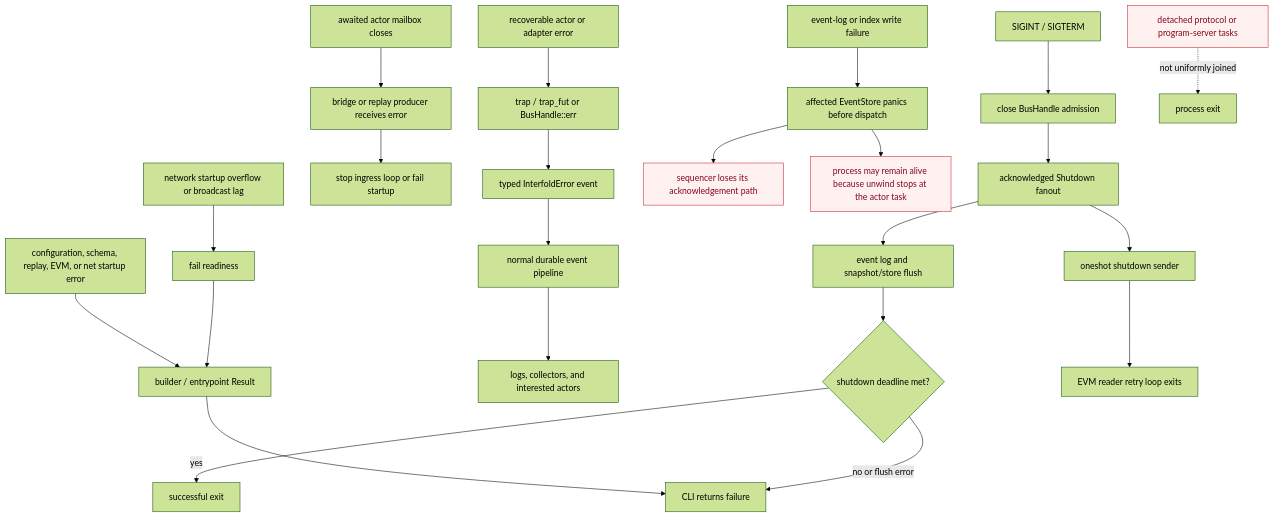
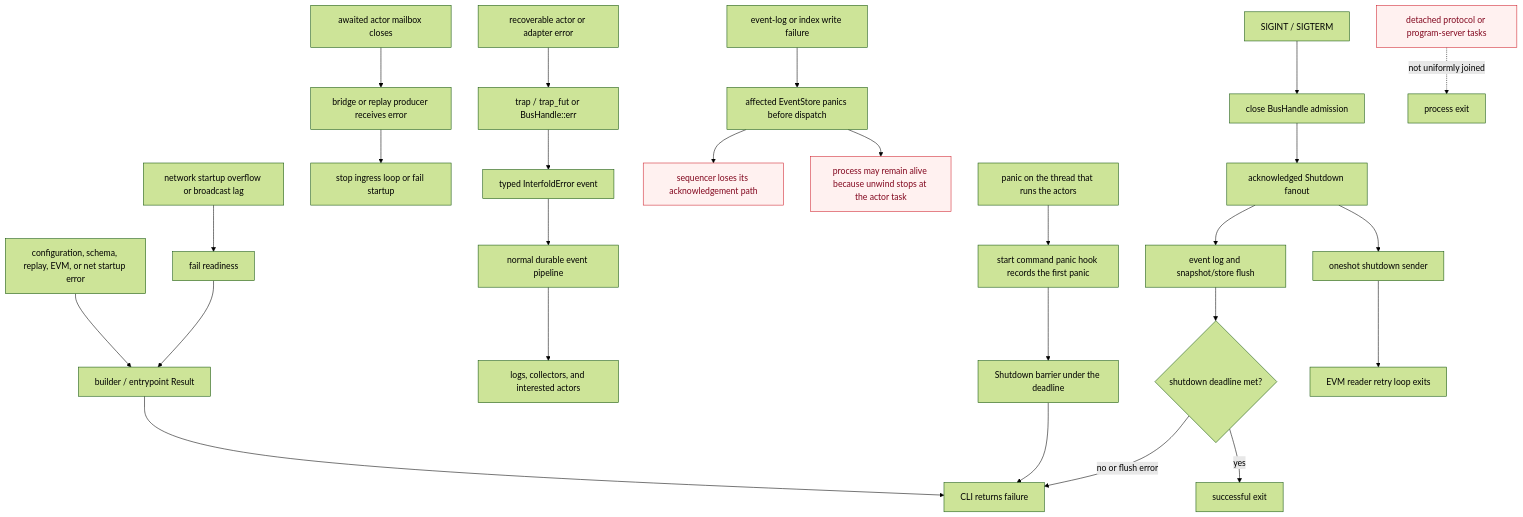
One commit to theinterfold/interfold changed diagram 15 of 15 in agent/CRATES_ARCHITECTURE.md. Above: the diagram before and after it, drawn with Mermaid (forest theme). The commit also changed other lines of this file and 5 other files, not shown here.

````diff
--- a/agent/CRATES_ARCHITECTURE.md
+++ b/agent/CRATES_ARCHITECTURE.md
@@ -1310,34 +1310,38 @@
 ```mermaid
 flowchart TD
     Startup[configuration, schema, replay, EVM, or net startup error] --> StartResult[builder / entrypoint Result]
     StartResult --> CLIExit[CLI returns failure]
 
     Handler[recoverable actor or adapter error] --> Trap[trap / trap_fut or BusHandle::err]
     Trap --> ErrorEvent[typed InterfoldError event]
     ErrorEvent --> Durable[normal durable event pipeline]
     Durable --> Observers[logs, collectors, and interested actors]
 
     Mailbox[awaited actor mailbox closes] --> Producer[bridge or replay producer receives error]
     Producer --> StopLoop[stop ingress loop or fail startup]
     Buffer[network startup overflow or broadcast lag] --> Readiness[fail readiness]
     Readiness --> StartResult
 
     StoreFailure[event-log or index write failure] --> StoreDeath[affected EventStore panics before dispatch]
     StoreDeath --> PipelineStall[sequencer loses its acknowledgement path]
     StoreDeath --> ProcessAlive[process may remain alive because unwind stops at the actor task]
 
+    ActorPanic[panic on the thread that runs the actors] --> PanicHook[start command panic hook records the first panic]
+    PanicHook --> PanicStop[Shutdown barrier under the deadline]
+    PanicStop --> CLIExit
+
     Signal[SIGINT / SIGTERM] --> Close[close BusHandle admission]
     Close --> Shutdown[acknowledged Shutdown fanout]
     Shutdown --> Flush[event log and snapshot/store flush]
     Flush --> Deadline{shutdown deadline met?}
     Deadline -->|yes| Clean[successful exit]
     Deadline -->|no or flush error| CLIExit
 
     Shutdown --> Cancel[oneshot shutdown sender]
     Cancel --> Reader[EVM reader retry loop exits]
 
     Detached[detached protocol or program-server tasks] -. not uniformly joined .-> ProcessExit[process exit]
 
     classDef residual fill:#fff1f0,stroke:#cf222e,color:#82071e
     class PipelineStall,ProcessAlive,Detached residual
 ```
````
